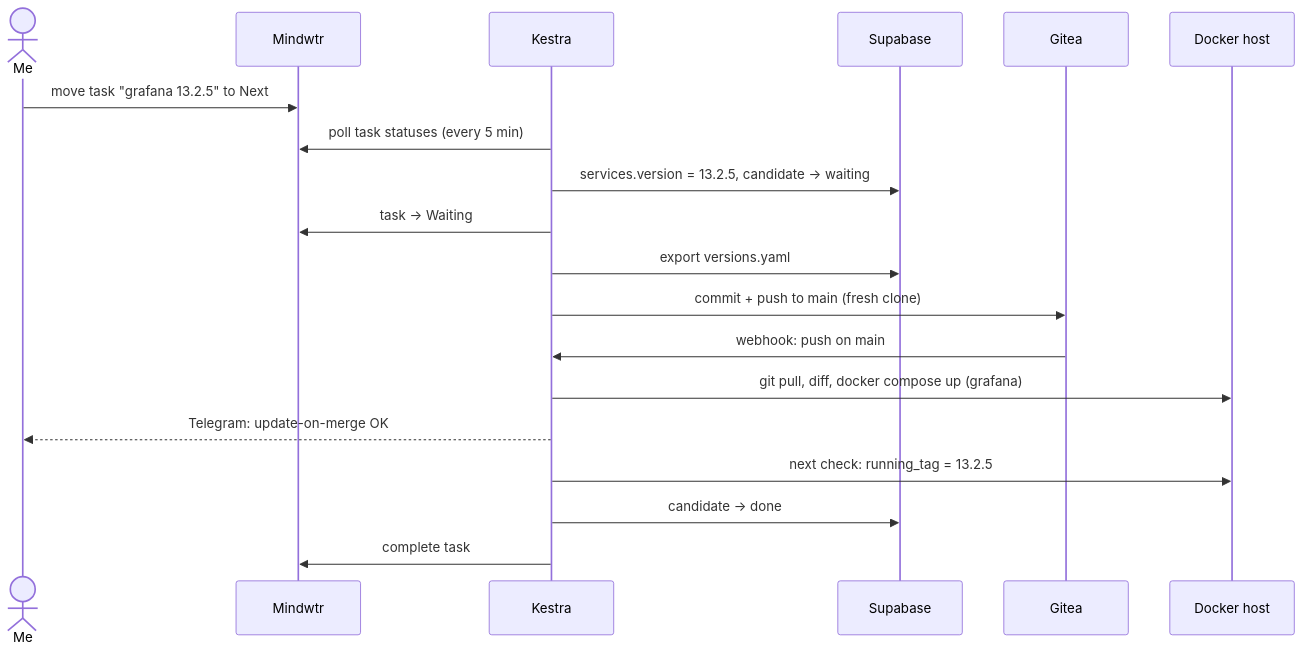
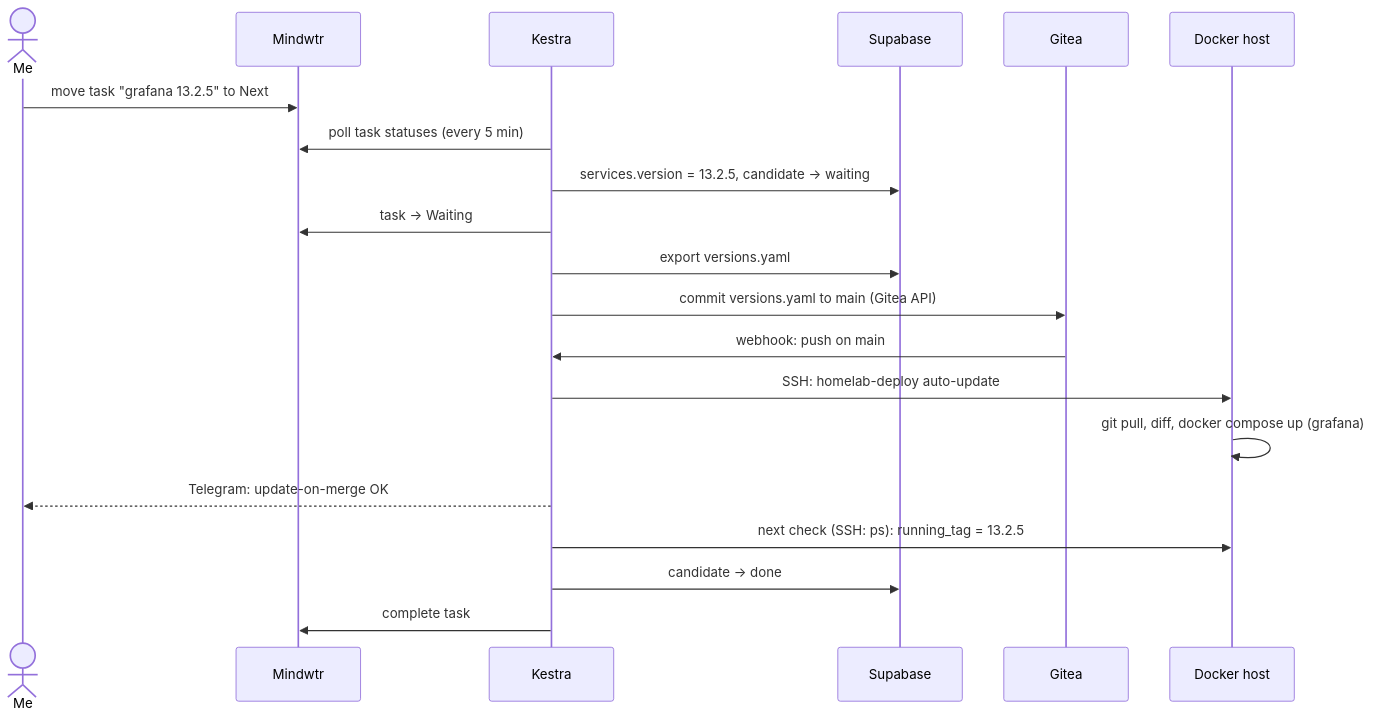
The second of 2 diagrams in update-pipeline/README.md (chri-hoff/homelab-showcase), drawn with Mermaid before and after one commit. The commit also changed other lines of this file and 73 other files, not shown here.

````diff
--- a/update-pipeline/README.md
+++ b/update-pipeline/README.md
@@ -88,21 +95,22 @@
 ```mermaid
 sequenceDiagram
     actor Me
     participant M as Mindwtr
     participant K as Kestra
     participant S as Supabase
     participant G as Gitea
     participant D as Docker host
     Me->>M: move task "grafana 13.2.5" to Next
     K->>M: poll task statuses (every 5 min)
     K->>S: services.version = 13.2.5, candidate -> waiting
     K->>M: task -> Waiting
     K->>S: export versions.yaml
-    K->>G: commit + push to main (fresh clone)
+    K->>G: commit versions.yaml to main (Gitea API)
     G->>K: webhook: push on main
-    K->>D: git pull, diff, docker compose up (grafana)
+    K->>D: SSH: homelab-deploy auto-update
+    D->>D: git pull, diff, docker compose up (grafana)
     K-->>Me: Telegram: update-on-merge OK
-    K->>D: next check: running_tag = 13.2.5
+    K->>D: next check (SSH: ps): running_tag = 13.2.5
     K->>S: candidate -> done
     K->>M: complete task
 ```
````
